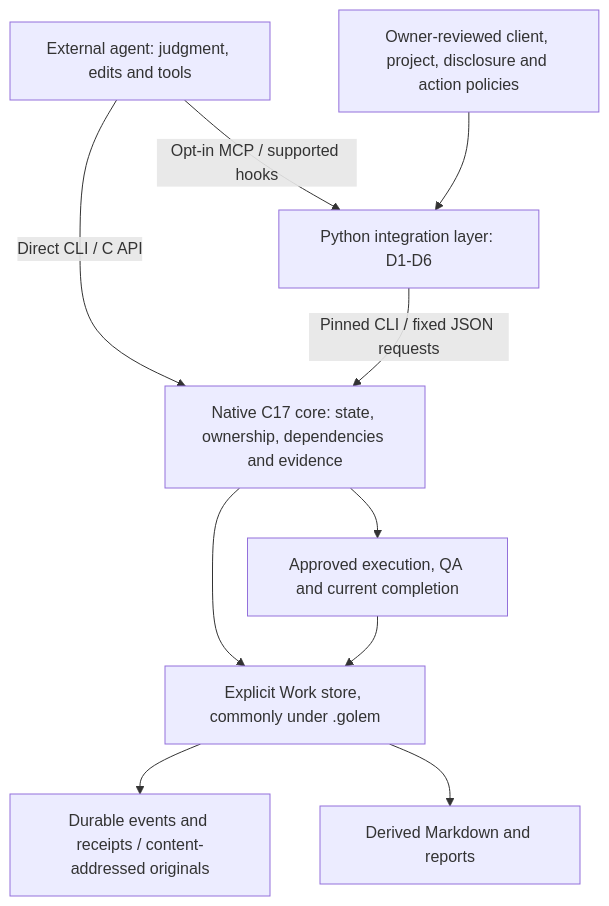
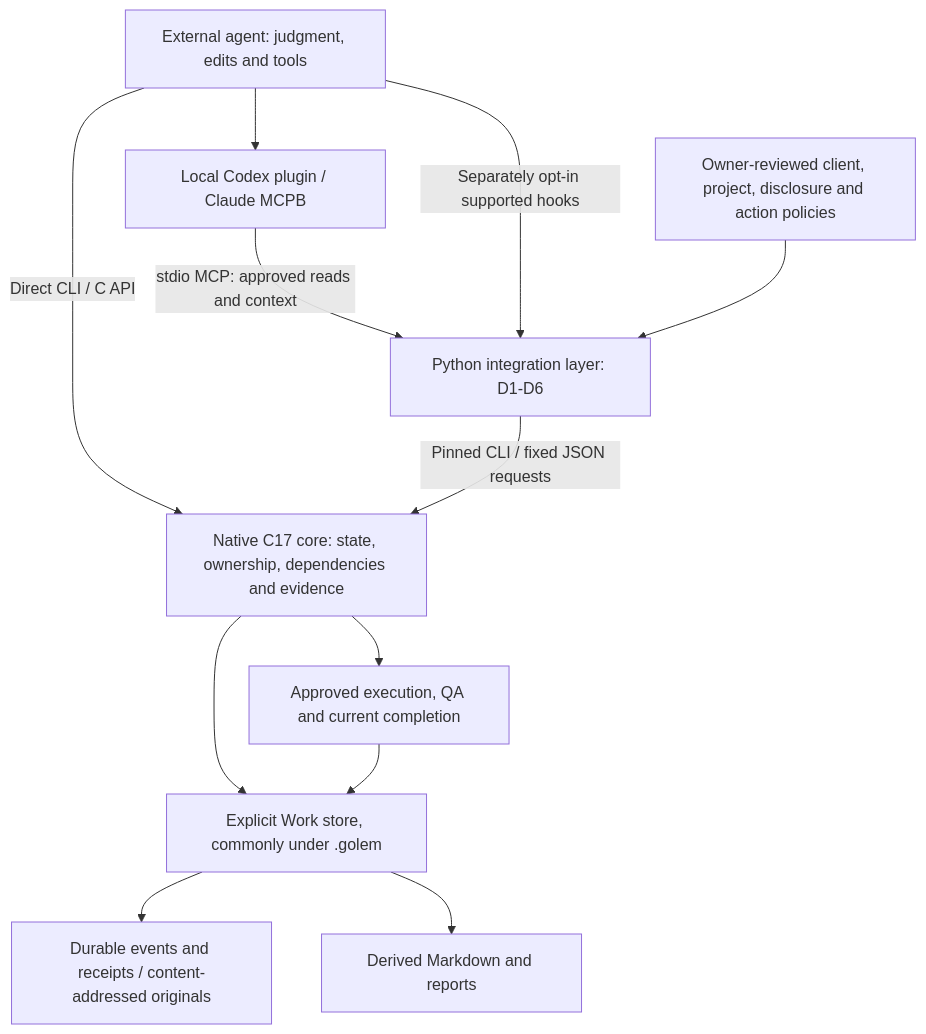
The first of 2 diagrams in README.md (seadonggyun4/Golem), drawn with Mermaid before and after one commit. The commit also changed other lines of this file and 8 other files, not shown here.

Commit message:
Document local Codex plugin setup and verified MCP client paths

````diff
--- a/README.md
+++ b/README.md
@@ -38,12 +51,14 @@
 ```mermaid
 flowchart TD
     A["External agent: judgment, edits and tools"] -->|"Direct CLI / C API"| C["Native C17 core: state, ownership, dependencies and evidence"]
-    A -->|"Opt-in MCP / supported hooks"| I["Python integration layer: D1-D6"]
+    A --> L["Local Codex plugin / Claude MCPB"]
+    L -->|"stdio MCP: approved reads and context"| I["Python integration layer: D1-D6"]
+    A -->|"Separately opt-in supported hooks"| I
     O["Owner-reviewed client, project, disclosure and action policies"] --> I
     I -->|"Pinned CLI / fixed JSON requests"| C
     C --> E["Approved execution, QA and current completion"]
     C --> S["Explicit Work store, commonly under .golem"]
     E --> S
     S --> J["Durable events and receipts / content-addressed originals"]
     S --> M["Derived Markdown and reports"]
 ```
````
